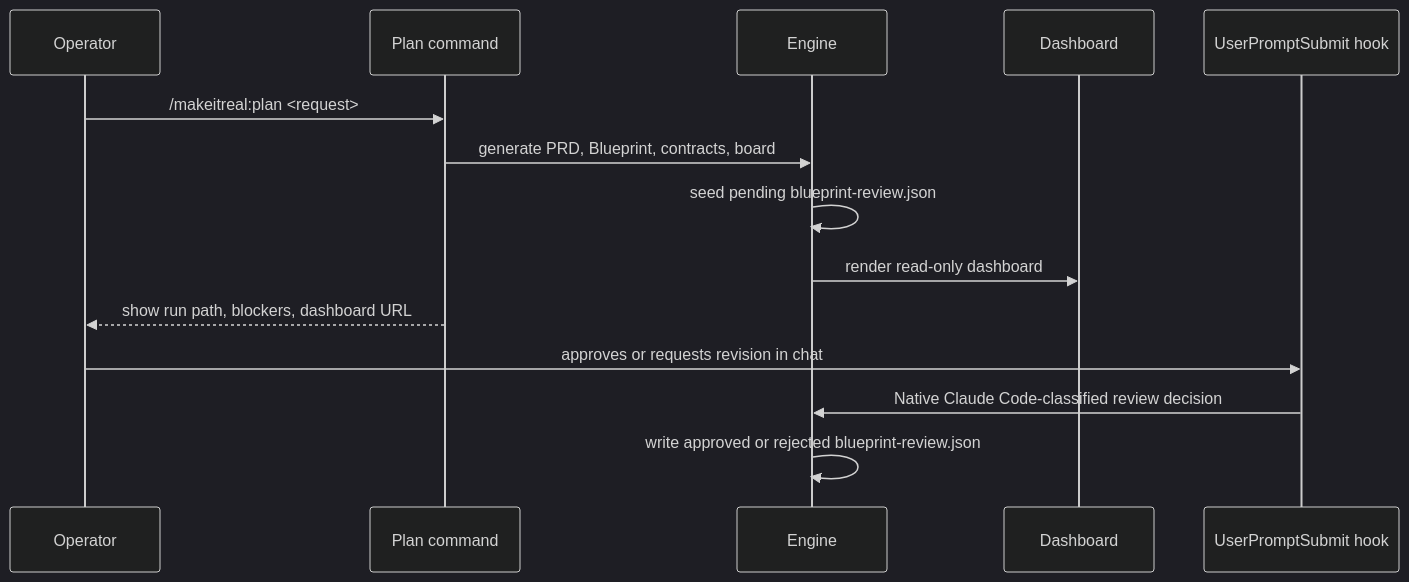
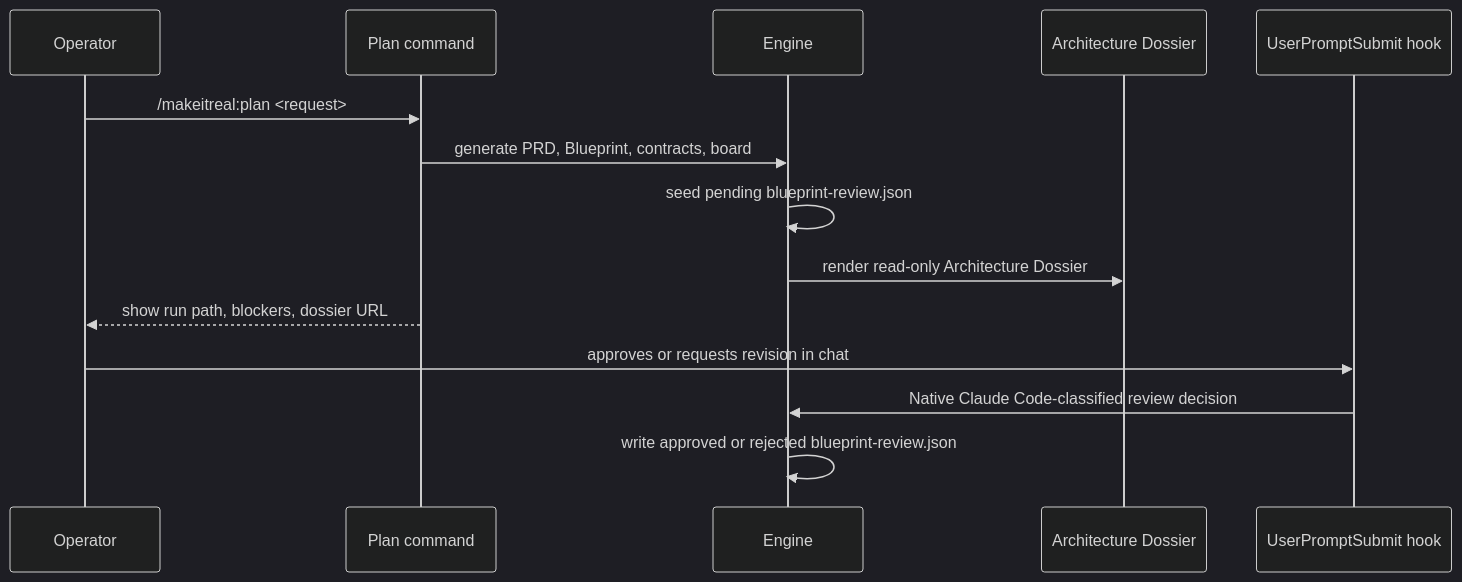
One commit to mir-makeitreal/makeitreal changed the second of 2 diagrams in docs/architecture.md. Above: the diagram before and after it, drawn with Mermaid (dark theme). The commit also changed other lines of this file and 9 other files, not shown here.

````diff
--- a/docs/architecture.md
+++ b/docs/architecture.md
@@ -129,17 +129,17 @@
 ```mermaid
 sequenceDiagram
   participant U as Operator
   participant P as Plan command
   participant E as Engine
-  participant D as Dashboard
+  participant D as Architecture Dossier
   participant H as UserPromptSubmit hook
 
   U->>P: /makeitreal:plan <request>
   P->>E: generate PRD, Blueprint, contracts, board
   E->>E: seed pending blueprint-review.json
-  E->>D: render read-only dashboard
-  P-->>U: show run path, blockers, dashboard URL
+  E->>D: render read-only Architecture Dossier
+  P-->>U: show run path, blockers, dossier URL
   U->>H: approves or requests revision in chat
   H->>E: Native Claude Code-classified review decision
   E->>E: write approved or rejected blueprint-review.json
 ```
````
